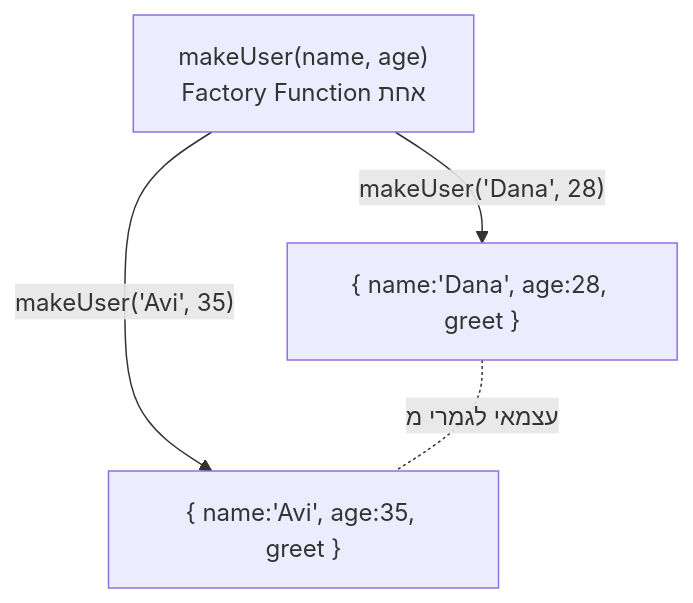
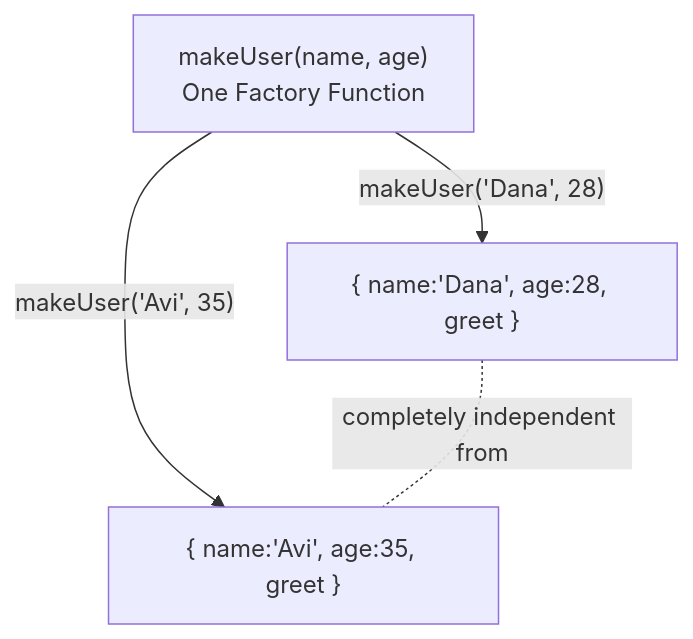
Before and after one commit to neriyaMalachi/FullStack_kodkode_5: the diagram in content/docs/javascript/12-js-factories-content.md, drawn with Mermaid. The commit also changed other lines of this file and 117 other files, not shown here.

````diff
--- a/content/docs/javascript/12-js-factories-content.md
+++ b/content/docs/javascript/12-js-factories-content.md
@@ -44,8 +44,8 @@
 ```mermaid
 flowchart TB
     F["makeUser(name, age)
-    Factory Function אחת"]
+    One Factory Function"]
     F -->|"makeUser('Dana', 28)"| U1["{ name:'Dana', age:28, greet }"]
     F -->|"makeUser('Avi', 35)"| U2["{ name:'Avi', age:35, greet }"]
-    U1 -.עצמאי לגמרי מ.- U2
+    U1 -.completely independent from.- U2
 ```
````
